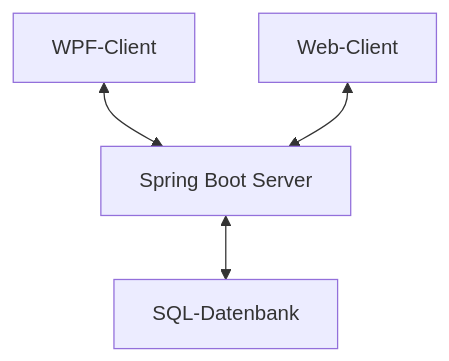
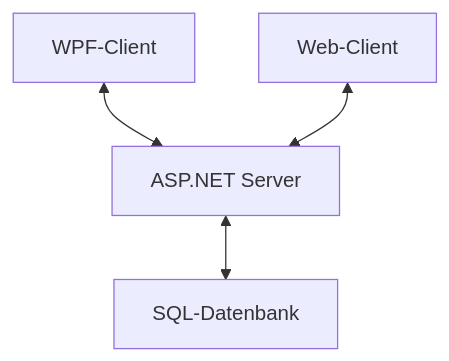
One commit to daveYQ/4INF_Semesterprojekt_Swiper changed the first of 3 diagrams in README.md. Above: the diagram before and after it, drawn with Mermaid. The commit also changed other lines of this file and 549 other files, not shown here.

````diff
--- a/README.md
+++ b/README.md
@@ -6,6 +6,6 @@
 ```mermaid
 graph TD;
   A[WPF-Client] <--> C[ASP.NET Server];
   B[Web-Client] <--> C[ASP.NET Server];
-  C[Spring Boot Server] <--> D[SQL-Datenbank];
+  C[ASP.NET Server] <--> D[SQL-Datenbank];
 ```
````
